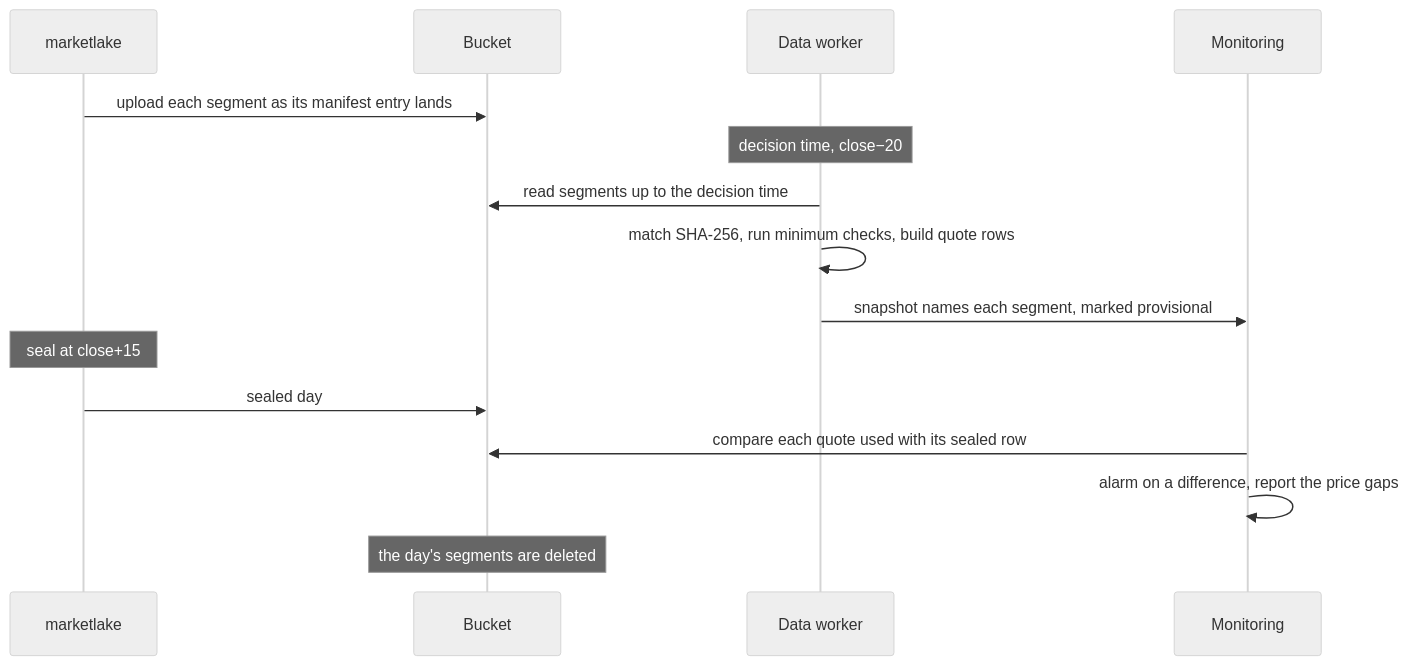
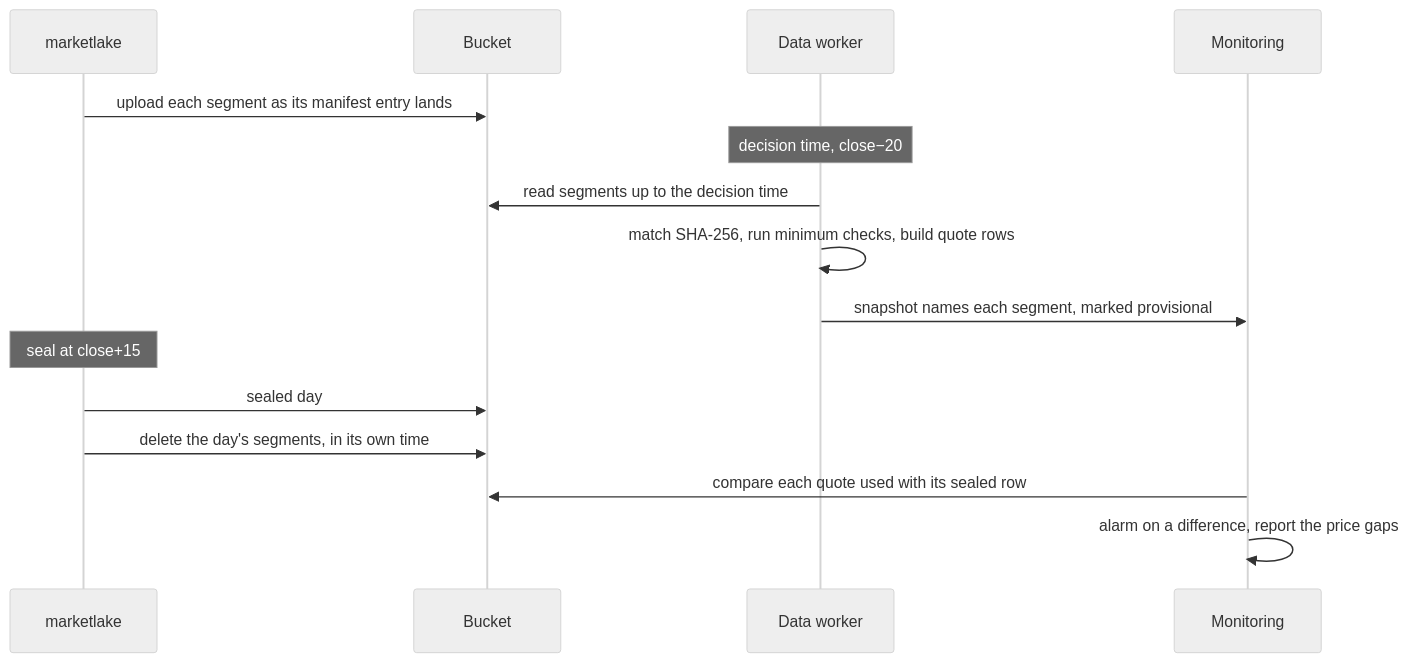
The sixth of 23 diagrams in docs/architecture.md (l3a0/ithildin-runtime), drawn with Mermaid (neutral theme) before and after one commit. The commit also changed other lines of this file and 1 other file, not shown here.

````diff
--- a/docs/architecture.md
+++ b/docs/architecture.md
@@ -312,17 +312,17 @@
 ```mermaid
 sequenceDiagram
     participant M as marketlake
     participant B as Bucket
     participant D as Data worker
     participant O as Monitoring
     M->>B: upload each segment as its manifest entry lands
     Note over D: decision time, close−20
     D->>B: read segments up to the decision time
     D->>D: match SHA-256, run minimum checks, build quote rows
     D->>O: snapshot names each segment, marked provisional
     Note over M: seal at close+15
     M->>B: sealed day
+    M->>B: delete the day's segments, in its own time
     O->>B: compare each quote used with its sealed row
     O->>O: alarm on a difference, report the price gaps
-    Note over B: the day's segments are deleted
 ```
````
